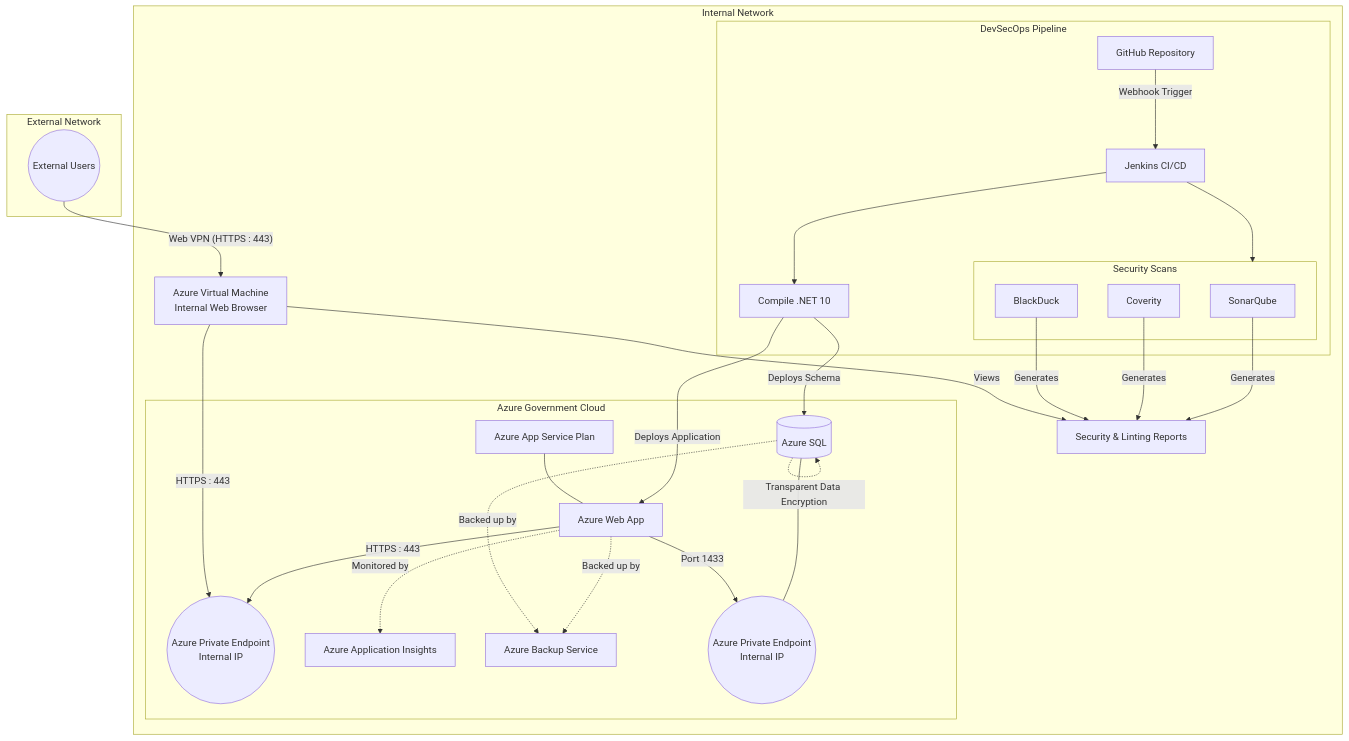
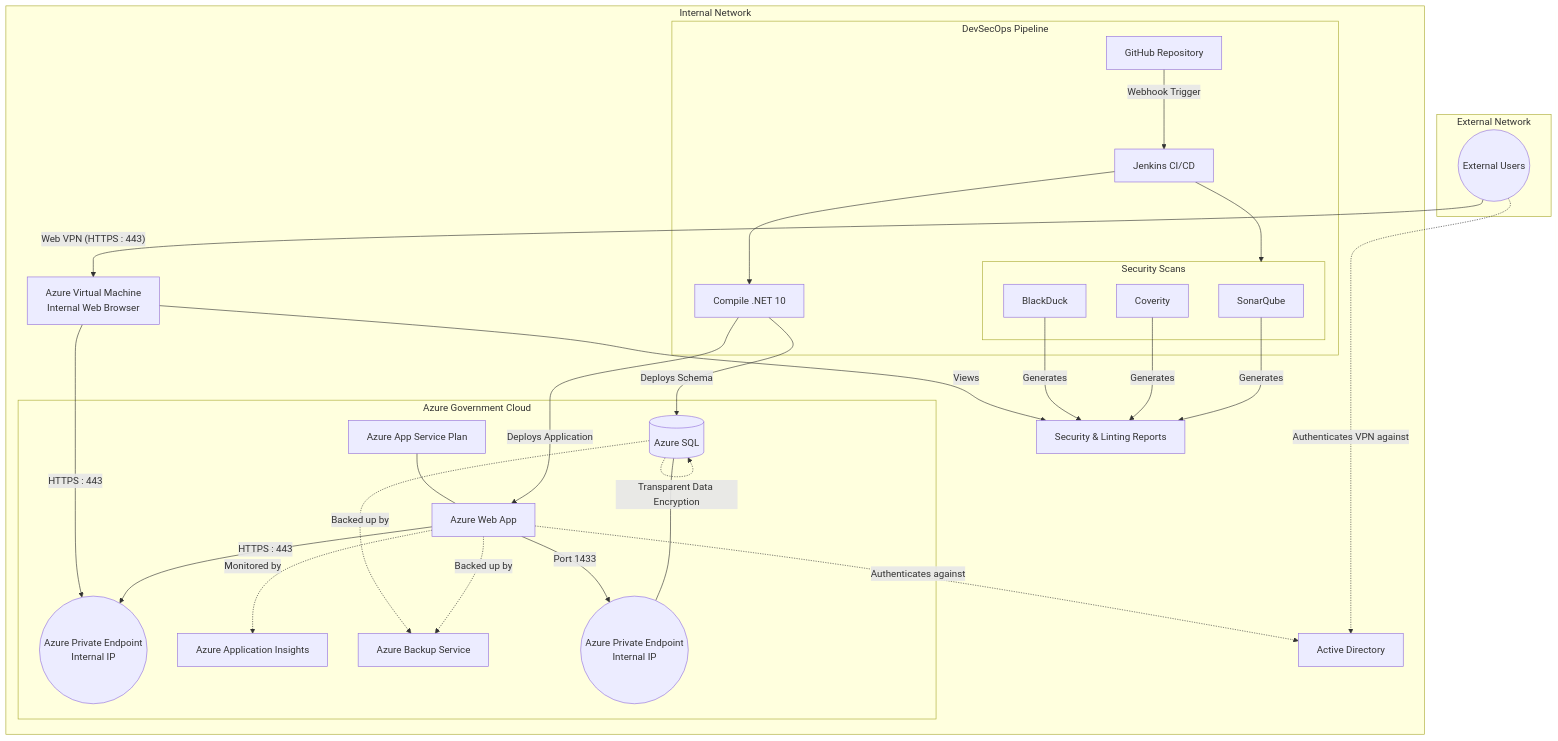
The diagram in DeploymentRequirements.md (SingularityResearch/ChatApp), drawn with Mermaid before and after one commit.

Commit message:
update diagram

````diff
--- a/DeploymentRequirements.md
+++ b/DeploymentRequirements.md
@@ -27,72 +27,77 @@
 ```mermaid
 graph TD
     subgraph InternalNetwork [Internal Network]
         subgraph Pipeline [DevSecOps Pipeline]
             GitHub[GitHub Repository]
             Jenkins[Jenkins CI/CD]
             
             subgraph SecurityScans [Security Scans]
                 SonarQube[SonarQube]
                 Coverity[Coverity]
                 BlackDuck[BlackDuck]
             end
             
             Build[Compile .NET 10]
         end
 
         Reports[Security & Linting Reports]
+        ActiveDirectory[Active Directory]
 
         subgraph AzureGov [Azure Government Cloud]
             AppServicePlan[Azure App Service Plan]
             WebApp[Azure Web App]
             WebAppPE((Azure Private Endpoint<br>Internal IP))
             
             AppInsights[Azure Application Insights]
             BackupSvc[Azure Backup Service]
             
             AzureSQL[(Azure SQL)]
             SqlPE((Azure Private Endpoint<br>Internal IP))
         end
         
         InternalVM[Azure Virtual Machine<br>Internal Web Browser]
     end
 
     subgraph ExternalNetwork [External Network]
         Users((External Users))
     end
 
     %% Pipeline Flow
     GitHub -- Webhook Trigger --> Jenkins
     Jenkins --> SecurityScans
     Jenkins --> Build
     
     %% Reporting
     SonarQube -- Generates --> Reports
     Coverity -- Generates --> Reports
     BlackDuck -- Generates --> Reports
     
     %% Deployment Flow
     Build -- Deploys Application --> WebApp
     Build -- Deploys Schema --> AzureSQL
     
     %% Azure Infrastructure
     AppServicePlan --- WebApp
     WebApp -- HTTPS : 443 --> WebAppPE
     AzureSQL --- SqlPE
     
     %% Communication
     WebApp -- Port 1433 --> SqlPE
     
+    %% Authentication
+    Users -. Authenticates VPN against .-> ActiveDirectory
+    WebApp -. Authenticates against .-> ActiveDirectory
+    
     %% Encryption
     AzureSQL -. Transparent Data Encryption .-> AzureSQL
     
     %% Monitoring & Backup
     WebApp -. Monitored by .-> AppInsights
     WebApp -. Backed up by .-> BackupSvc
     AzureSQL -. Backed up by .-> BackupSvc
     
     %% Data Traffic
     Users -- Web VPN (HTTPS : 443) --> InternalVM
     InternalVM -- HTTPS : 443 --> WebAppPE
     InternalVM -- Views --> Reports
 ```
````
